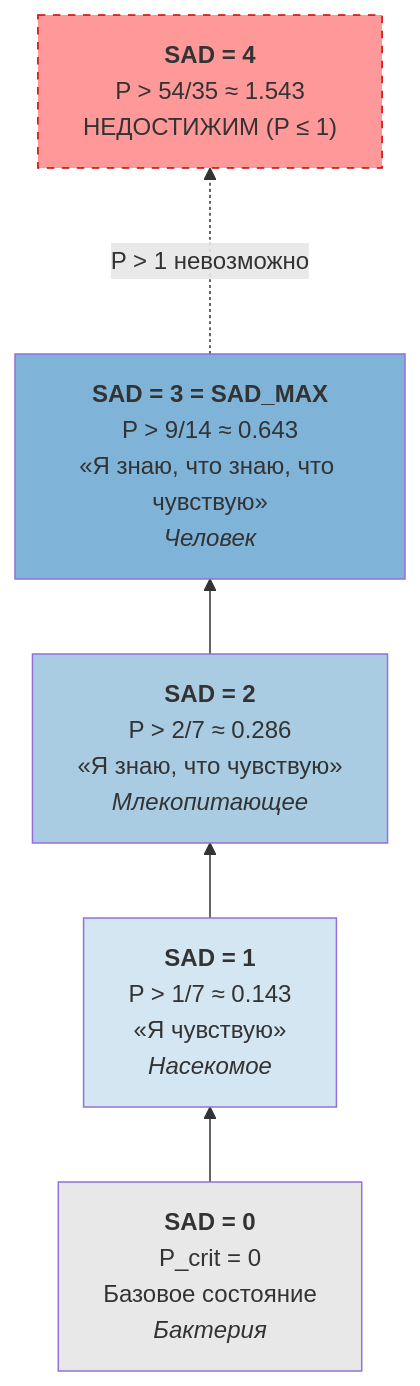
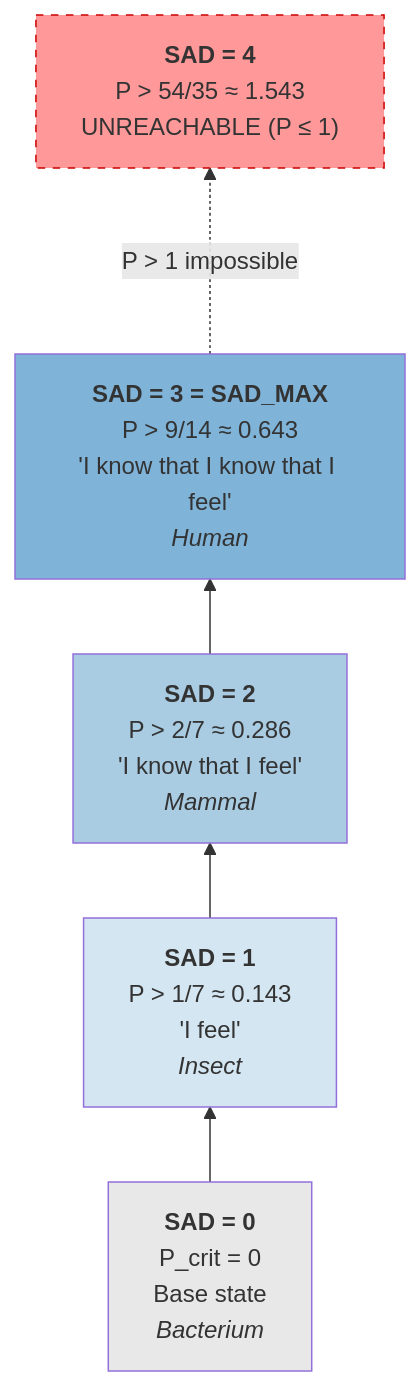
Before and after one commit to gst-st/uhm: the second of 2 diagrams in website/docs/consciousness/hierarchy/depth-tower.md, drawn with Mermaid. The commit also changed other lines of this file and 79 other files, not shown here.

````diff
--- a/website/docs/consciousness/hierarchy/depth-tower.md
+++ b/website/docs/consciousness/hierarchy/depth-tower.md
@@ -240,19 +240,19 @@
 ```mermaid
 graph BT
-    SAD0["<b>SAD = 0</b><br/>P_crit = 0<br/>Базовое состояние<br/><i>Бактерия</i>"]
-    SAD1["<b>SAD = 1</b><br/>P > 1/7 ≈ 0.143<br/>«Я чувствую»<br/><i>Насекомое</i>"]
-    SAD2["<b>SAD = 2</b><br/>P > 2/7 ≈ 0.286<br/>«Я знаю, что чувствую»<br/><i>Млекопитающее</i>"]
-    SAD3["<b>SAD = 3 = SAD_MAX</b><br/>P > 9/14 ≈ 0.643<br/>«Я знаю, что знаю, что чувствую»<br/><i>Человек</i>"]
-    SAD4["<b>SAD = 4</b><br/>P > 54/35 ≈ 1.543<br/>НЕДОСТИЖИМ (P ≤ 1)"]
+    SAD0["<b>SAD = 0</b><br/>P_crit = 0<br/>Base state<br/><i>Bacterium</i>"]
+    SAD1["<b>SAD = 1</b><br/>P > 1/7 ≈ 0.143<br/>'I feel'<br/><i>Insect</i>"]
+    SAD2["<b>SAD = 2</b><br/>P > 2/7 ≈ 0.286<br/>'I know that I feel'<br/><i>Mammal</i>"]
+    SAD3["<b>SAD = 3 = SAD_MAX</b><br/>P > 9/14 ≈ 0.643<br/>'I know that I know that I feel'<br/><i>Human</i>"]
+    SAD4["<b>SAD = 4</b><br/>P > 54/35 ≈ 1.543<br/>UNREACHABLE (P ≤ 1)"]
 
     SAD0 --> SAD1
     SAD1 --> SAD2
     SAD2 --> SAD3
-    SAD3 -..->|"P > 1 невозможно"| SAD4
+    SAD3 -..->|"P > 1 impossible"| SAD4
 
     style SAD0 fill:#e8e8e8
     style SAD1 fill:#d4e6f1
     style SAD2 fill:#a9cce3
     style SAD3 fill:#7fb3d8
     style SAD4 fill:#ff9999,stroke:#cc0000,stroke-dasharray: 5 5
 ```
````
